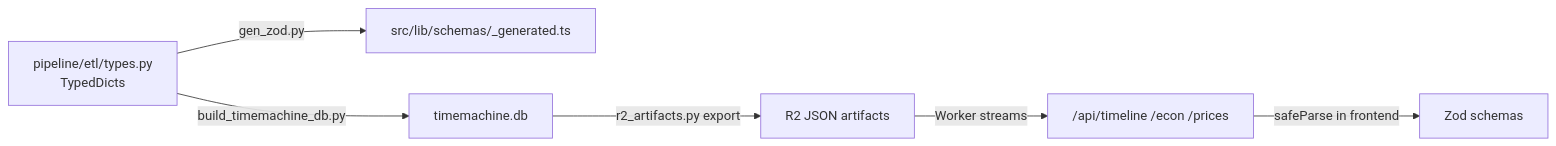
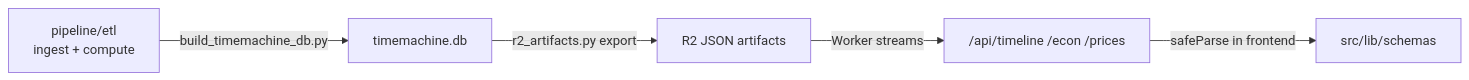
The second of 2 diagrams in README.md (Guoyuer/portal), drawn with Mermaid before and after one commit. The commit also changed other lines of this file and 15 other files, not shown here.

Commit message:
Inline timeline schema surface

````diff
--- a/README.md
+++ b/README.md
@@ -132,8 +132,7 @@
 ```mermaid
 graph LR
-    PY["pipeline/etl/types.py<br/>TypedDicts"] -->|"gen_zod.py"| GEN["src/lib/schemas/_generated.ts"]
-    PY -->|"build_timemachine_db.py"| DB["timemachine.db"]
+    PY["pipeline/etl<br/>ingest + compute"] -->|"build_timemachine_db.py"| DB["timemachine.db"]
     DB -->|"r2_artifacts.py export"| JSON["R2 JSON artifacts"]
     JSON -->|"Worker streams"| API["/api/timeline /econ /prices"]
-    API -->|"safeParse in frontend"| ZOD["Zod schemas"]
+    API -->|"safeParse in frontend"| ZOD["src/lib/schemas"]
 ```
````
